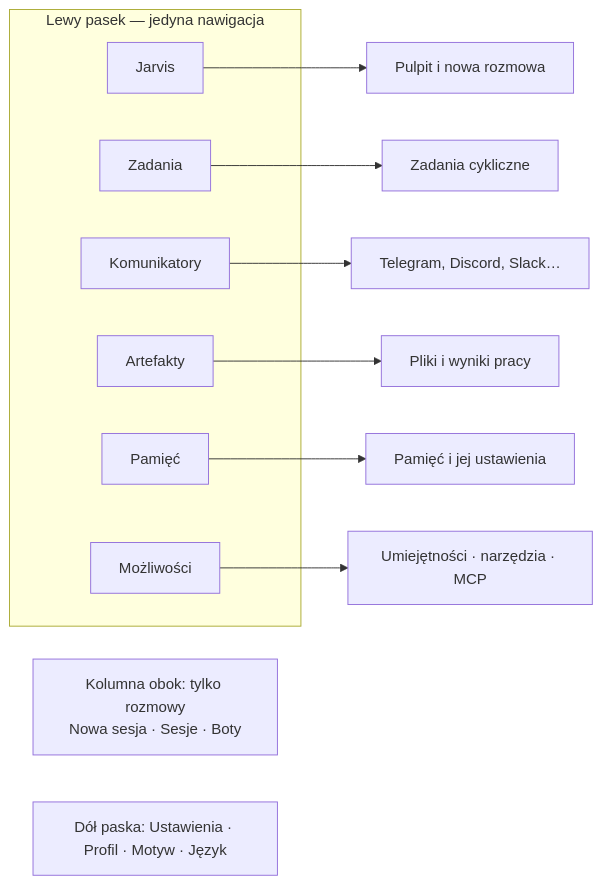
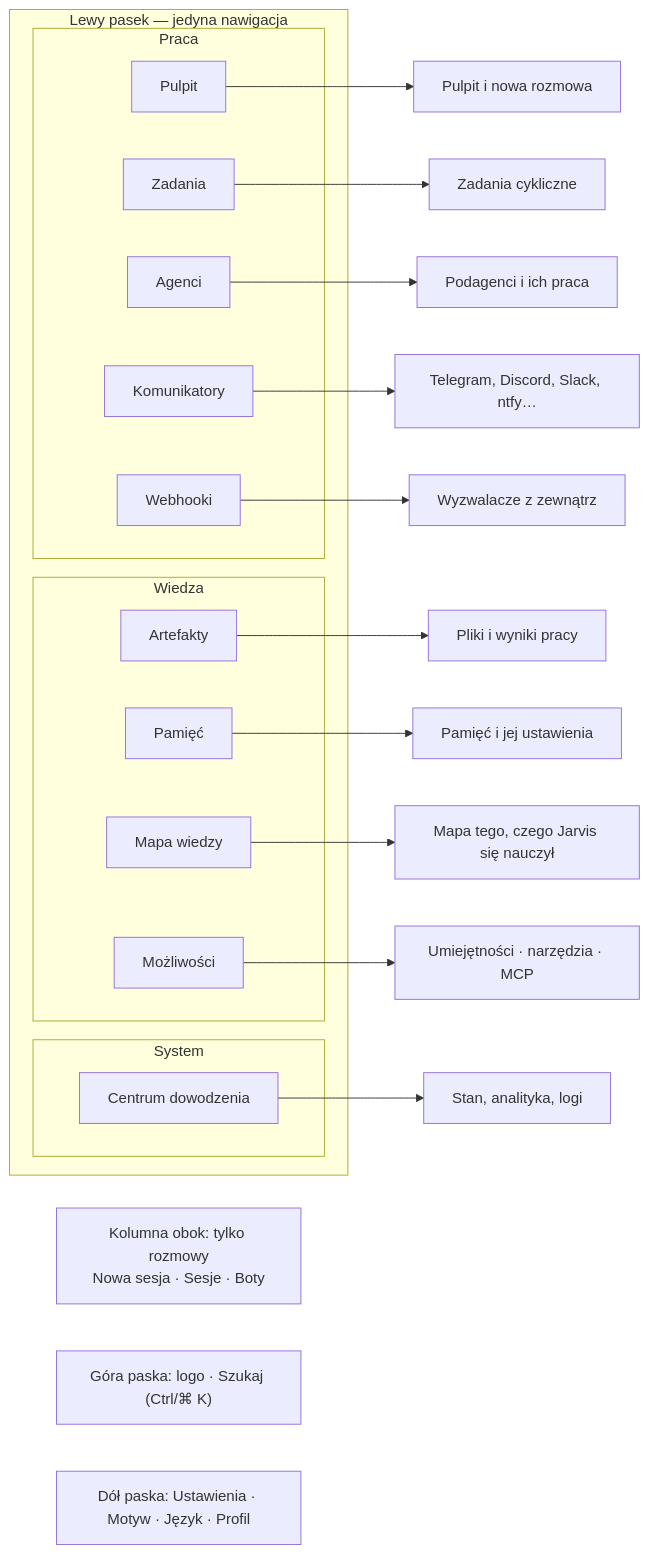
The third of 12 diagrams in README.md (aievolutionpl/ai-evolution-jarvis), drawn with Mermaid before and after one commit. The commit also changed other lines of this file and 26 other files, not shown here.

First line of the commit message:
feat(jarvis): dashboard redesign with logo, grouped side menu and focus mode

````diff
--- a/README.md
+++ b/README.md
@@ -168,21 +181,36 @@
 ```mermaid
 flowchart LR
     subgraph RAIL["Lewy pasek — jedyna nawigacja"]
-        J["Jarvis"]
-        T["Zadania"]
-        K["Komunikatory"]
-        A["Artefakty"]
-        P["Pamięć"]
-        M["Możliwości"]
+        subgraph W["Praca"]
+            J["Pulpit"]
+            T["Zadania"]
+            AG["Agenci"]
+            K["Komunikatory"]
+            WH["Webhooki"]
+        end
+        subgraph KN["Wiedza"]
+            A["Artefakty"]
+            P["Pamięć"]
+            SM["Mapa wiedzy"]
+            M["Możliwości"]
+        end
+        subgraph SY["System"]
+            CC["Centrum dowodzenia"]
+        end
     end
 
     J --> H["Pulpit i nowa rozmowa"]
     T --> C["Zadania cykliczne"]
-    K --> MS["Telegram, Discord, Slack…"]
+    AG --> AGS["Podagenci i ich praca"]
+    K --> MS["Telegram, Discord, Slack, ntfy…"]
+    WH --> WHS["Wyzwalacze z zewnątrz"]
     A --> AR["Pliki i wyniki pracy"]
     P --> MEM["Pamięć i jej ustawienia"]
+    SM --> SMS["Mapa tego, czego Jarvis się nauczył"]
     M --> CAP["Umiejętności · narzędzia · MCP"]
+    CC --> CCS["Stan, analityka, logi"]
 
     SB["Kolumna obok: tylko rozmowy<br/>Nowa sesja · Sesje · Boty"]
-    BOT["Dół paska: Ustawienia · Profil · Motyw · Język"]
+    TOP["Góra paska: logo · Szukaj (Ctrl/⌘ K)"]
+    BOT["Dół paska: Ustawienia · Motyw · Język · Profil"]
 ```
````
